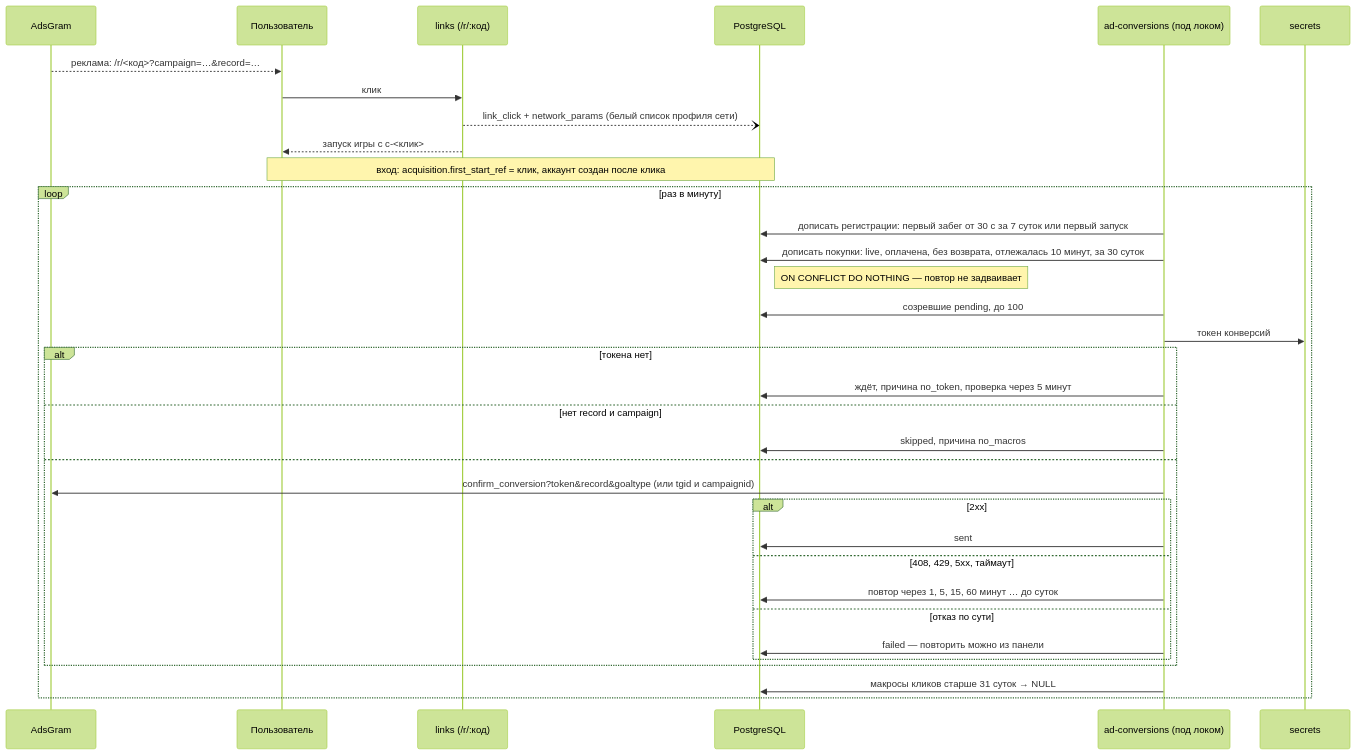
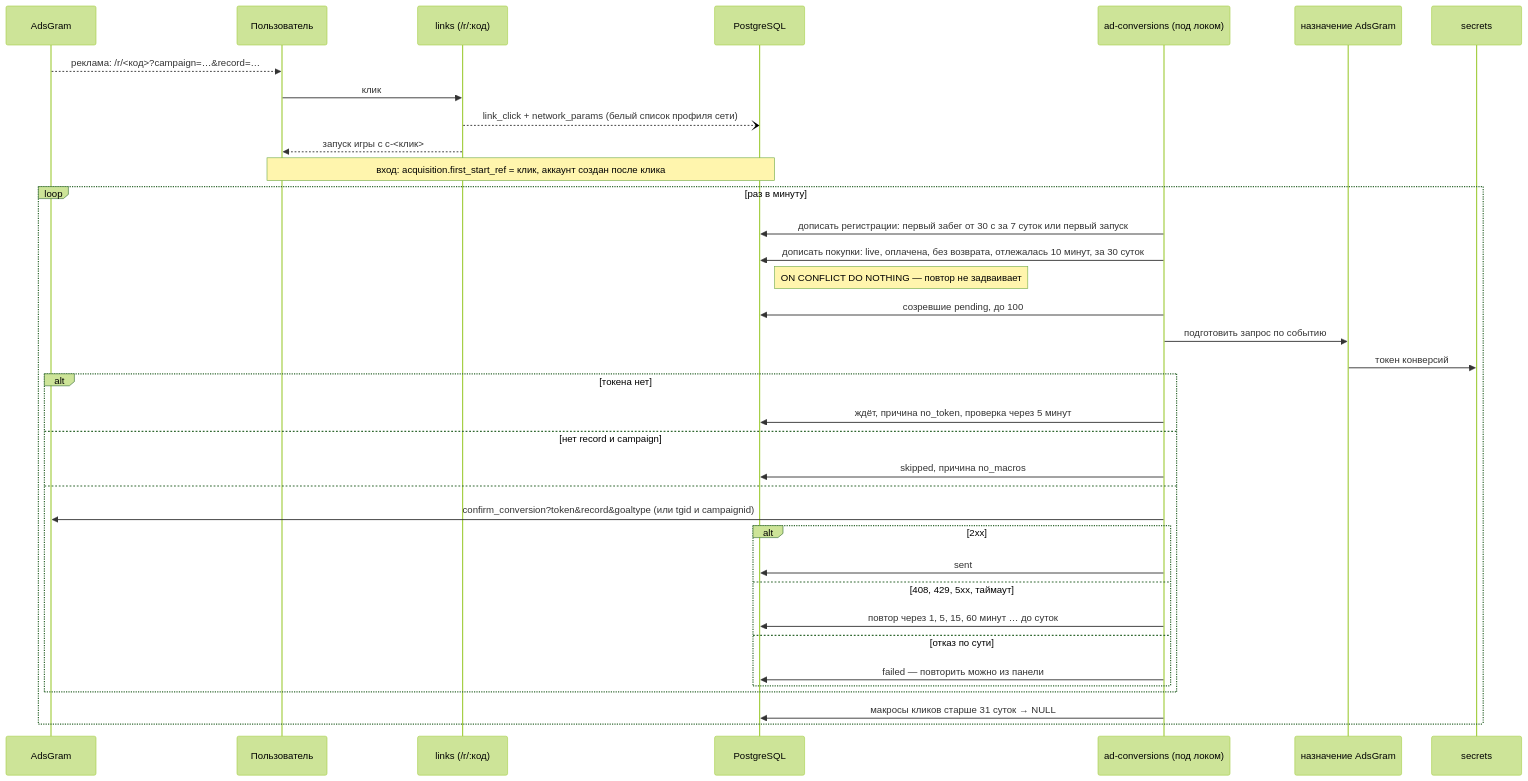
One commit to JJSGxKD/rubezh changed diagram 33 of 46 in docs/21-diagrams.md. Above: the diagram before and after it, drawn with Mermaid (forest theme). The commit also changed other lines of this file and 2 other files, not shown here.

First line of the commit message:
docs: Слой «событие → назначение» постбэков

````diff
--- a/docs/21-diagrams.md
+++ b/docs/21-diagrams.md
@@ -3202,38 +3214,40 @@
 ```mermaid
 sequenceDiagram
     participant AG as AdsGram
     participant U as Пользователь
     participant L as links (/r/:код)
     participant DB as PostgreSQL
     participant C as ad-conversions (под локом)
+    participant D as назначение AdsGram
     participant S as secrets
 
     AG-->>U: реклама: /r/<код>?campaign=…&record=…
     U->>L: клик
     L--)DB: link_click + network_params (белый список профиля сети)
     L-->>U: запуск игры с c-<клик>
     Note over U,DB: вход: acquisition.first_start_ref = клик, аккаунт создан после клика
 
     loop раз в минуту
         C->>DB: дописать регистрации: первый забег от 30 с за 7 суток или первый запуск
         C->>DB: дописать покупки: live, оплачена, без возврата, отлежалась 10 минут, за 30 суток
         Note right of DB: ON CONFLICT DO NOTHING — повтор не задваивает
         C->>DB: созревшие pending, до 100
-        C->>S: токен конверсий
+        C->>D: подготовить запрос по событию
+        D->>S: токен конверсий
         alt токена нет
             C->>DB: ждёт, причина no_token, проверка через 5 минут
         else нет record и campaign
             C->>DB: skipped, причина no_macros
         else
             C->>AG: confirm_conversion?token&record&goaltype (или tgid и campaignid)
             alt 2xx
                 C->>DB: sent
             else 408, 429, 5xx, таймаут
                 C->>DB: повтор через 1, 5, 15, 60 минут … до суток
             else отказ по сути
                 C->>DB: failed — повторить можно из панели
             end
         end
         C->>DB: макросы кликов старше 31 суток → NULL
     end
 ```
````
